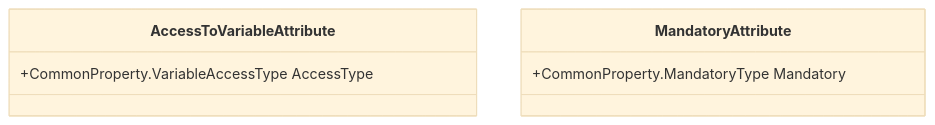
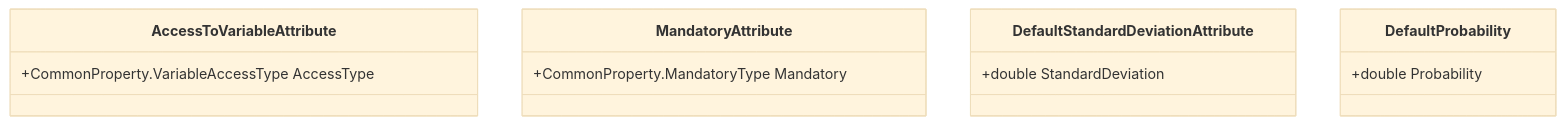
Before and after one commit to Open-Source-Drilling-Community/DotNetLibraries: the fourth of 11 diagrams in OSDC.DotnetLibraries.General/OSDC.DotnetLibraries.Drilling.DrillingProperties/readme.md, drawn with Mermaid (base theme). The commit also changed other lines of this file and 3 other files, not shown here.

Commit message:
added two new attributes: DefaultStandardDeviationAttribute and DefaultProbabilityAttribute

````diff
--- a/OSDC.DotnetLibraries.General/OSDC.DotnetLibraries.Drilling.DrillingProperties/readme.md
+++ b/OSDC.DotnetLibraries.General/OSDC.DotnetLibraries.Drilling.DrillingProperties/readme.md
@@ -291,9 +293,15 @@
 ```mermaid
 classDiagram
     class AccessToVariableAttribute {
         +CommonProperty.VariableAccessType AccessType
     }
     class MandatoryAttribute {
         +CommonProperty.MandatoryType Mandatory
     }
+    class DefaultStandardDeviationAttribute {
+        +double StandardDeviation
+    }
+    class DefaultProbability {
+        +double Probability
+    }
 ```
````
